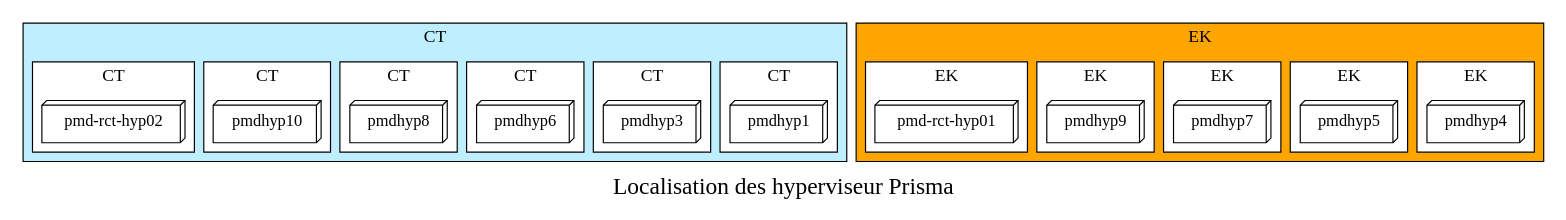
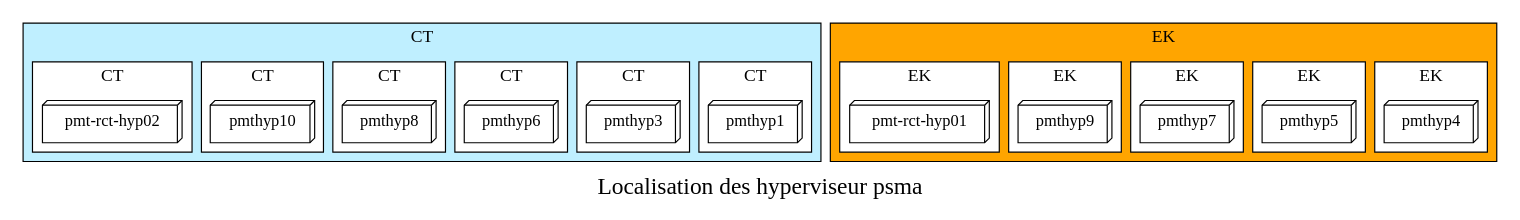
The diagram in hyp.dot (ronron22/a-dot), drawn with Graphviz before and after one commit. The commit also changed 3 other files, not shown here.

```diff
--- a/hyp.dot
+++ b/hyp.dot
@@ -1,81 +1,81 @@
 digraph G {
     style=bold;
-    label="Localisation des hyperviseur Prisma"
+    label="Localisation des hyperviseur psma"
     fontsize = 20
 
     # impair : CT : lightblue1
     # pair : EK : navajowhite1
     # h20 : lightyellow3
 
 
     subgraph cluster_CT {
         label = "CT";
         fillcolor="lightblue1";
         style="filled";
         fontsize = 15
         
-        subgraph cluster_CT_PMDHYP1 {
+        subgraph cluster_CT_PMTHYP1 {
             fillcolor="white";
             style="filled";
-            pmdhyp1 [ shape = box3d, ] ;
+            pmthyp1 [ shape = box3d, ] ;
         }
-        subgraph cluster_CT_PMDHYP3 {
+        subgraph cluster_CT_PMTHYP3 {
             fillcolor="white";
             style="filled";
-            pmdhyp3 [ shape = box3d, ] ;
+            pmthyp3 [ shape = box3d, ] ;
         }
-        subgraph cluster_CT_PMDHYP6 {
+        subgraph cluster_CT_PMTHYP6 {
             fillcolor="white";
             style="filled";
-            pmdhyp6 [ shape = box3d, ] ;
+            pmthyp6 [ shape = box3d, ] ;
         }
-        subgraph cluster_CT_PMDHYP8 {
+        subgraph cluster_CT_PMTHYP8 {
             fillcolor="white";
             style="filled";
-            pmdhyp8 [ shape = box3d, ] ;
+            pmthyp8 [ shape = box3d, ] ;
         }
-        subgraph cluster_CT_PMDHYP10 {
+        subgraph cluster_CT_PMTHYP10 {
             fillcolor="white";
             style="filled";
-            pmdhyp10 [ shape = box3d, ] ;
+            pmthyp10 [ shape = box3d, ] ;
         }
-        subgraph cluster_CT_PMD_RCT_HYP02 {
+        subgraph cluster_CT_PMT_RCT_HYP02 {
             fillcolor="white";
             style="filled";
-            "pmd-rct-hyp02" [ shape = box3d, ] ;
+            "pmt-rct-hyp02" [ shape = box3d, ] ;
         }
     }
 
     subgraph cluster_EK {
         label = "EK";
         fillcolor="orange";
         style="filled";
         fontsize = 15
         
-        subgraph cluster_CT_PMDHYP4 {
+        subgraph cluster_CT_PMTHYP4 {
             fillcolor="white";
             style="filled";
-            pmdhyp4 [ shape = box3d, ] ;
+            pmthyp4 [ shape = box3d, ] ;
         }
-        subgraph cluster_CT_PMDHYP5 {
+        subgraph cluster_CT_PMTHYP5 {
             fillcolor="white";
             style="filled";
-            pmdhyp5 [ shape = box3d, ] ;
+            pmthyp5 [ shape = box3d, ] ;
         }
-        subgraph cluster_CT_PMDHYP7 {
+        subgraph cluster_CT_PMTHYP7 {
             fillcolor="white";
             style="filled";
-            pmdhyp7 [ shape = box3d, ] ;
+            pmthyp7 [ shape = box3d, ] ;
         }
-        subgraph cluster_CT_PMDHYP9 {
+        subgraph cluster_CT_PMTHYP9 {
             fillcolor="white";
             style="filled";
-            pmdhyp9 [ shape = box3d, ] ;
+            pmthyp9 [ shape = box3d, ] ;
         }
-        subgraph cluster_CT_PMD_RCT_HYP01 {
+        subgraph cluster_CT_PMT_RCT_HYP01 {
             fillcolor="white";
             style="filled";
-            "pmd-rct-hyp01" [ shape = box3d, ] ;
+            "pmt-rct-hyp01" [ shape = box3d, ] ;
         }
     }
 }
```
